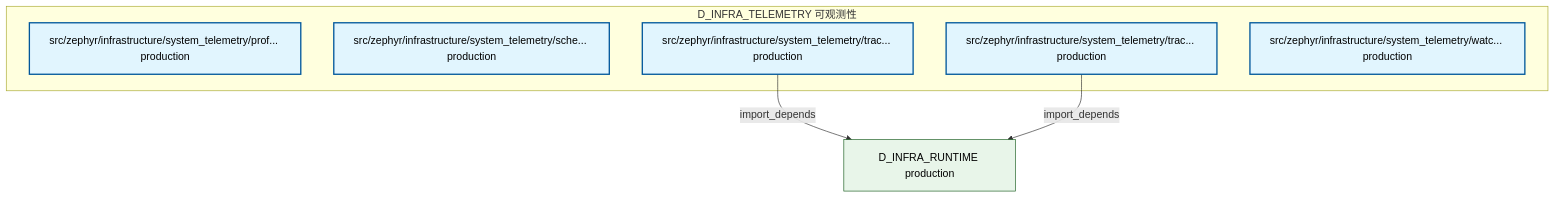
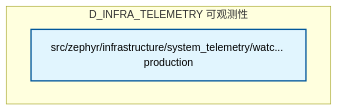
One commit to xuanFelixVan/ZephyrAlpha changed the second of 2 diagrams in docs/02_enterprise_architecture/02_domain_architecture_docs/05_d_infra_telemetry.md. Above: the diagram before and after it, drawn with Mermaid. The commit also changed other lines of this file and 52 other files, not shown here.

````diff
--- a/docs/02_enterprise_architecture/02_domain_architecture_docs/05_d_infra_telemetry.md
+++ b/docs/02_enterprise_architecture/02_domain_architecture_docs/05_d_infra_telemetry.md
@@ -124,19 +124,11 @@
 ```mermaid
 graph TD
     subgraph D_INFRA_TELEMETRY["D_INFRA_TELEMETRY 可观测性"]
-        src_zephyr_infrastructure_system_telemetry_profiles_init_py["src/zephyr/infrastructure/system_telemetry/prof... production"]
-        src_zephyr_infrastructure_system_telemetry_schema_init_py["src/zephyr/infrastructure/system_telemetry/sche... production"]
-        src_zephyr_infrastructure_system_telemetry_traces_init_py["src/zephyr/infrastructure/system_telemetry/trac... production"]
-        src_zephyr_infrastructure_system_telemetry_traces_span_stub_py["src/zephyr/infrastructure/system_telemetry/trac... production"]
         src_zephyr_infrastructure_system_telemetry_watchdog_py["src/zephyr/infrastructure/system_telemetry/watc... production"]
     end
-    D_INFRA_RUNTIME["D_INFRA_RUNTIME production"]
-    src_zephyr_infrastructure_system_telemetry_traces_init_py -->|import_depends| D_INFRA_RUNTIME
-    src_zephyr_infrastructure_system_telemetry_traces_span_stub_py -->|import_depends| D_INFRA_RUNTIME
     classDef production fill:#e1f5fe,stroke:#01579b,stroke-width:2px,color:#000
     classDef design fill:#fff3e0,stroke:#e65100,stroke-width:2px,color:#000,stroke-dasharray: 5 5
     classDef external_prod fill:#e8f5e9,stroke:#1b5e20,stroke-width:1px,color:#000
     classDef external_design fill:#fce4ec,stroke:#880e4f,stroke-width:1px,color:#000,stroke-dasharray: 5 5
-    class src_zephyr_infrastructure_system_telemetry_profiles_init_py,src_zephyr_infrastructure_system_telemetry_schema_init_py,src_zephyr_infrastructure_system_telemetry_traces_init_py,src_zephyr_infrastructure_system_telemetry_traces_span_stub_py,src_zephyr_infrastructure_system_telemetry_watchdog_py production
-    class D_INFRA_RUNTIME external_prod
+    class src_zephyr_infrastructure_system_telemetry_watchdog_py production
 ```
````
